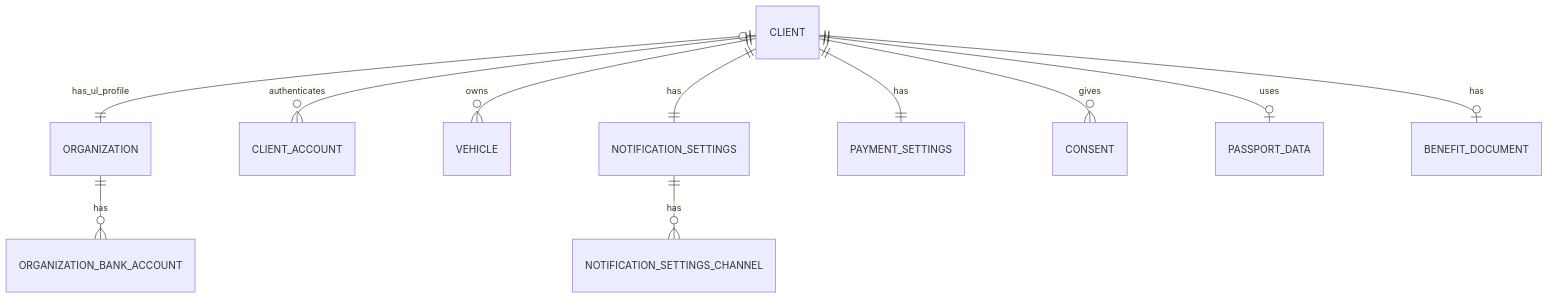
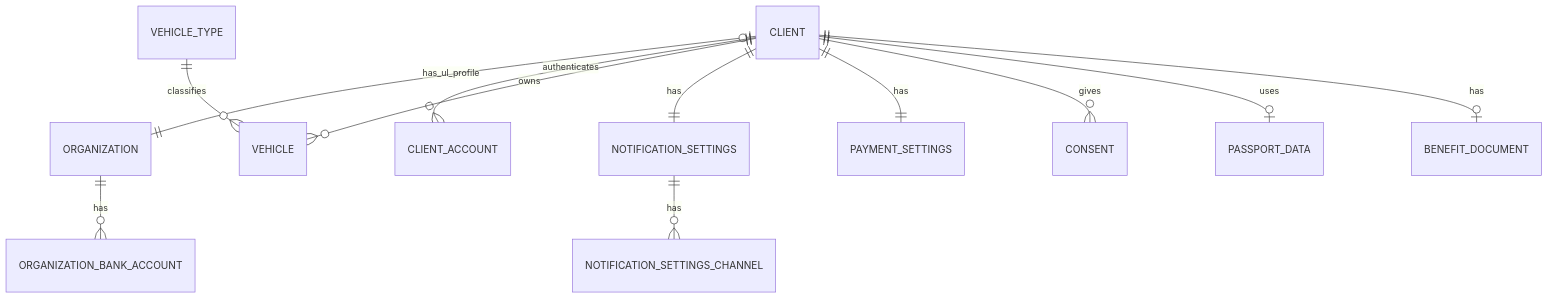
Before and after one commit to CeJIDb/sab-win-26-mine-parking: the first of 2 diagrams in docs/artifacts/erd/erd-relationships-client-client-profile.md, drawn with Mermaid.

Commit message:
docs(artifacts): обновить артефакты анализа

````diff
--- a/docs/artifacts/erd/erd-relationships-client-client-profile.md
+++ b/docs/artifacts/erd/erd-relationships-client-client-profile.md
@@ -331,13 +331,14 @@
 ```mermaid
 erDiagram
     CLIENT |o--|| ORGANIZATION : has_ul_profile
     CLIENT ||--o{ CLIENT_ACCOUNT : authenticates
     CLIENT ||--o{ VEHICLE : owns
+    VEHICLE_TYPE ||--o{ VEHICLE : classifies
     CLIENT ||--|| NOTIFICATION_SETTINGS : has
     NOTIFICATION_SETTINGS ||--o{ NOTIFICATION_SETTINGS_CHANNEL : has
     CLIENT ||--|| PAYMENT_SETTINGS : has
     CLIENT ||--o{ CONSENT : gives
     CLIENT ||--o| PASSPORT_DATA : uses
     CLIENT ||--o| BENEFIT_DOCUMENT : has
     ORGANIZATION ||--o{ ORGANIZATION_BANK_ACCOUNT : has
 ```
````
